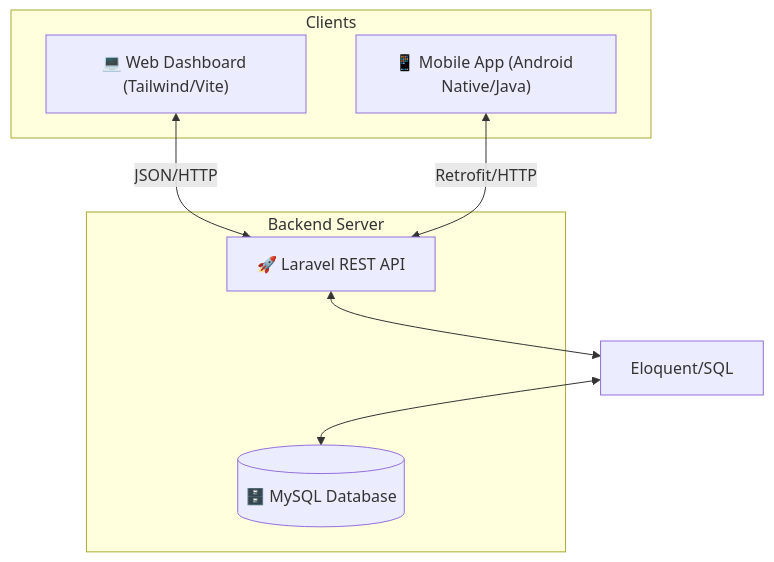
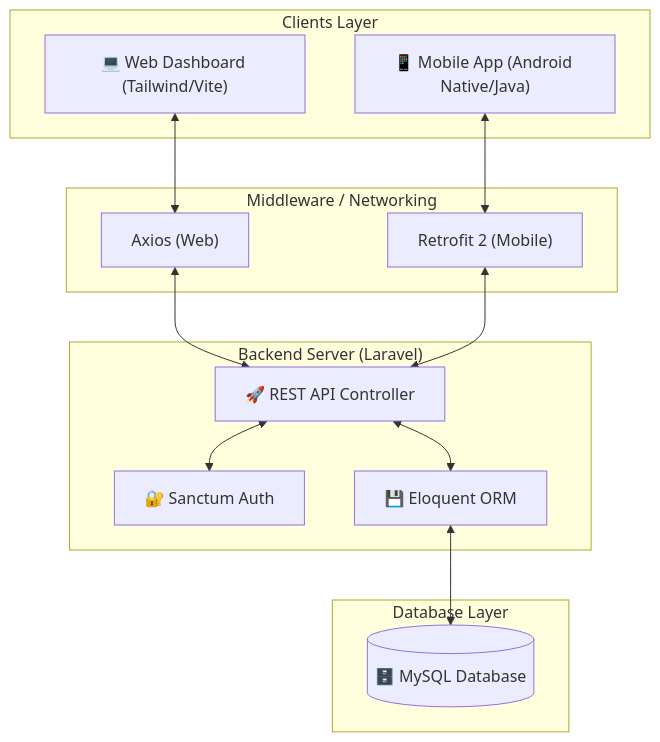
Before and after one commit to damar22004-debug/Projek-Uas---Manajemen-Tugas-Kuliah: the first of 7 diagrams in README.md, drawn with Mermaid. The commit also changed other lines of this file, not shown here.

Commit message:
docs: Create comprehensive full-stack README with complete UML diagrams

````diff
--- a/README.md
+++ b/README.md
@@ -10,16 +10,27 @@
 ```mermaid
-flowchart TD
-    subgraph "Clients"
+graph TD
+    subgraph "Clients Layer"
         Web["💻 Web Dashboard (Tailwind/Vite)"]
         Mobile["📱 Mobile App (Android Native/Java)"]
     end
 
-    subgraph "Backend Server"
-        API["🚀 Laravel REST API"]
+    subgraph "Middleware / Networking"
+        Retrofit["Retrofit 2 (Mobile)"]
+        Axios["Axios (Web)"]
+    end
+
+    subgraph "Backend Server (Laravel)"
+        API["🚀 REST API Controller"]
+        Sanctum["🔐 Sanctum Auth"]
+        Eloquent["💾 Eloquent ORM"]
+    end
+
+    subgraph "Database Layer"
         DB[(🗄️ MySQL Database)]
     end
 
-    Web <-->|JSON/HTTP| API
-    Mobile <-->|Retrofit/HTTP| API
-    API <--> Eloquent/SQL <--> DB
+    Web <--> Axios <--> API
+    Mobile <--> Retrofit <--> API
+    API <--> Sanctum
+    API <--> Eloquent <--> DB
 ```
````
